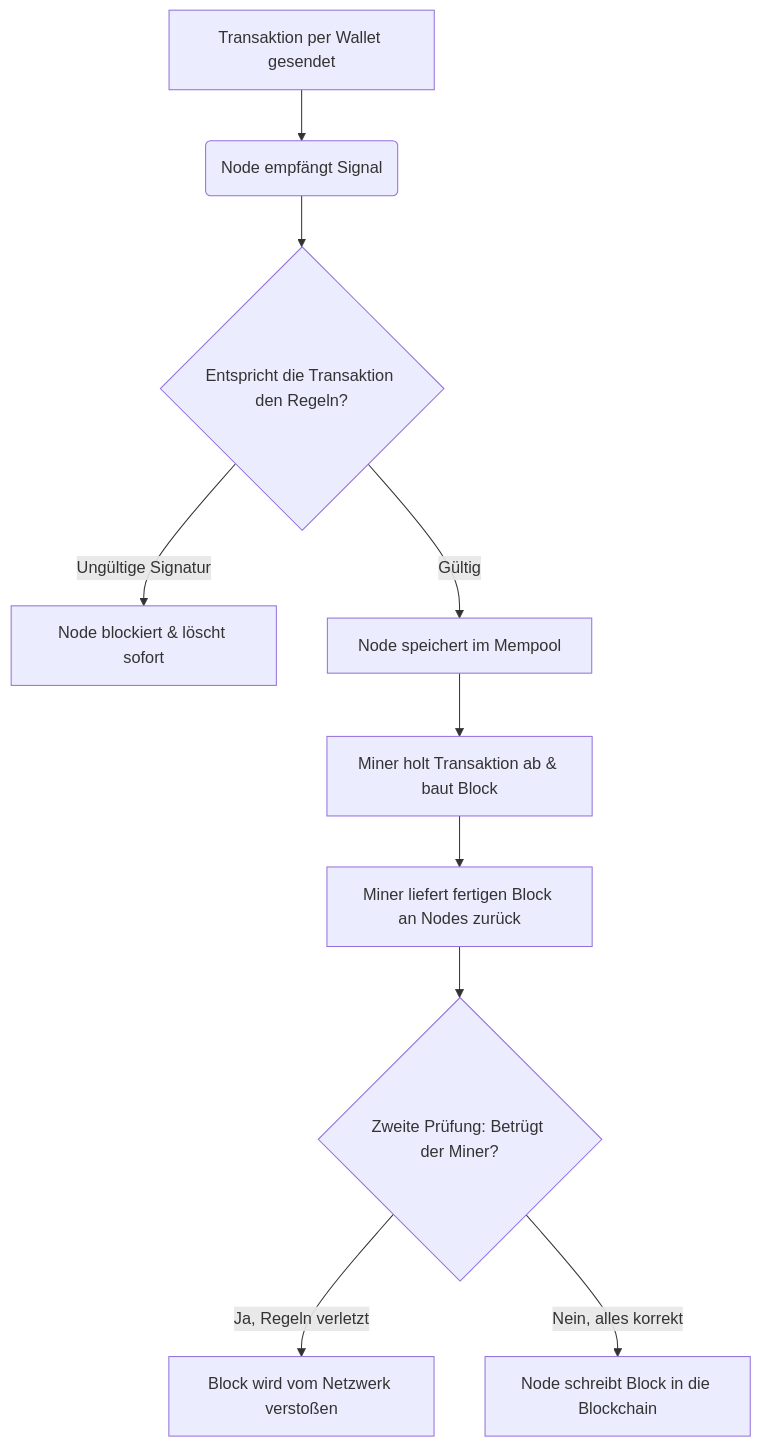
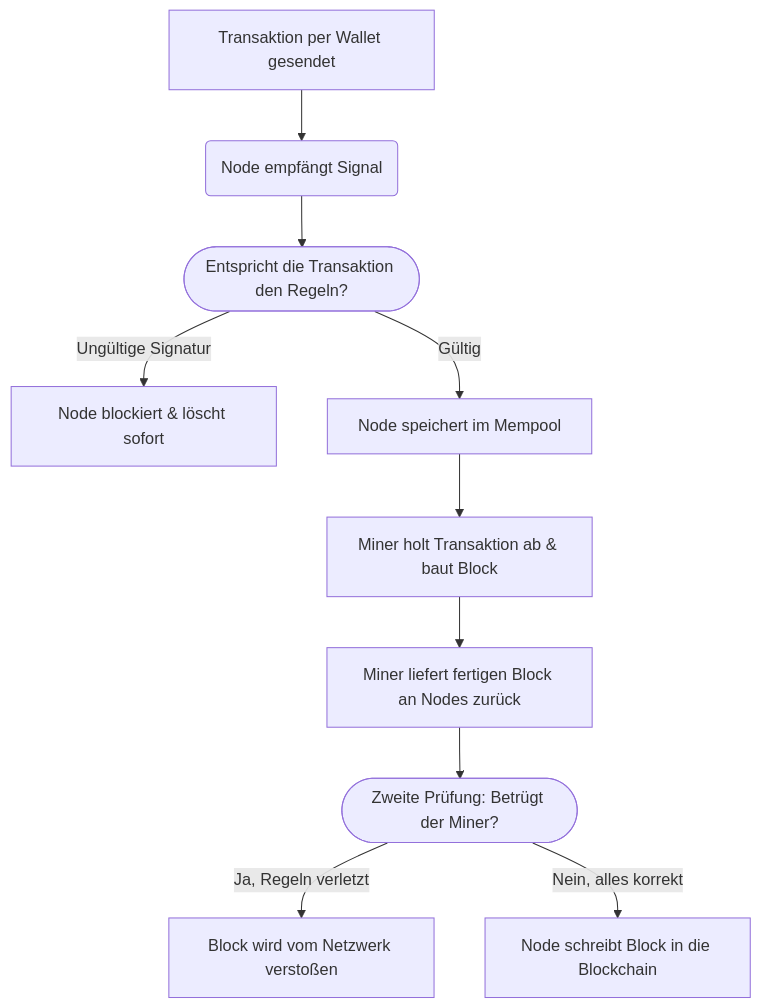
One commit to annabraun015-stack/krypto-watch changed the diagram in src/content/blog/de/was-ist-ein-bitcoin-node.mdx. Above: the diagram before and after it, drawn with Mermaid. The commit also changed other lines of this file and 53 other files, not shown here.

```diff
--- a/src/content/blog/de/was-ist-ein-bitcoin-node.mdx
+++ b/src/content/blog/de/was-ist-ein-bitcoin-node.mdx
@@ -72,12 +72,12 @@
 <div class="mermaid">
 graph TD
     A[Transaktion per Wallet gesendet] --> B(Node empfängt Signal)
-    B --> C{Entspricht die Transaktion den Regeln?}
+    B --> C([Entspricht die Transaktion den Regeln?])
     C --> |Ungültige Signatur| D[Node blockiert & löscht sofort]
     C --> |Gültig| E[Node speichert im Mempool]
     E --> F[Miner holt Transaktion ab & baut Block]
     F --> G[Miner liefert fertigen Block an Nodes zurück]
-    G --> H{Zweite Prüfung: Betrügt der Miner?}
+    G --> H([Zweite Prüfung: Betrügt der Miner?])
     H --> |Ja, Regeln verletzt| I[Block wird vom Netzwerk verstoßen]
     H --> |Nein, alles korrekt| J[Node schreibt Block in die Blockchain]
 </div>
```
